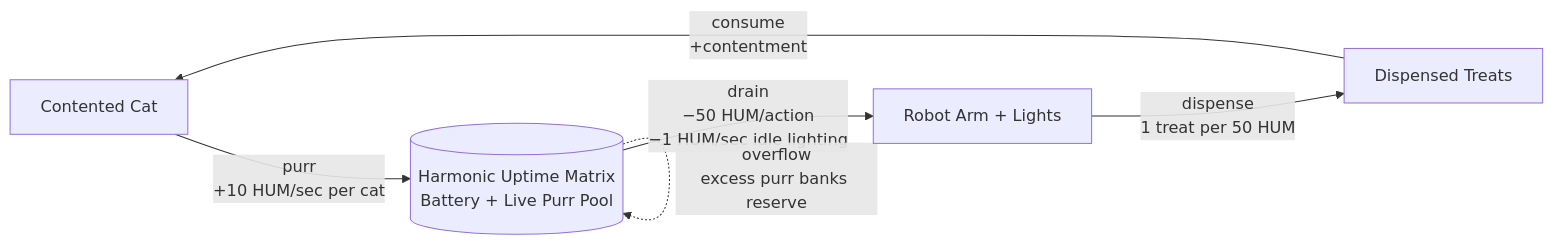
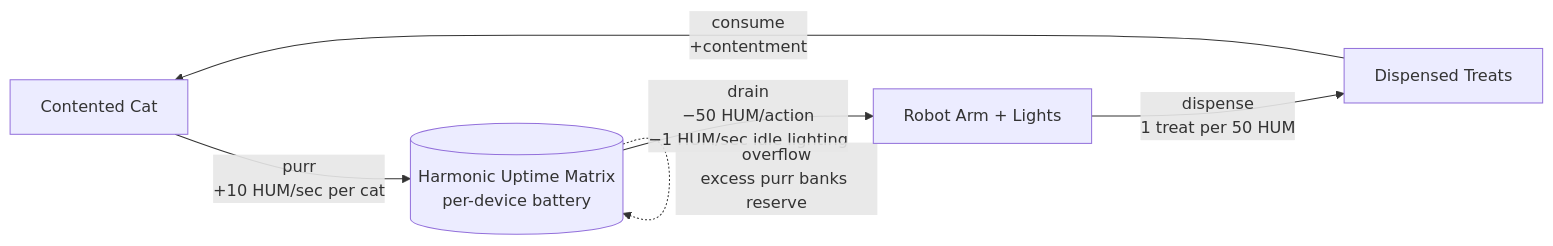
The first of 2 diagrams in .claude/rules/core-loop.md (vosechu/tuna-control-protocol), drawn with Mermaid before and after one commit. The commit also changed other lines of this file and 298 other files, not shown here.

````diff
--- a/.claude/rules/core-loop.md
+++ b/.claude/rules/core-loop.md
@@ -47,13 +58,13 @@
 ```mermaid
 flowchart LR
     CC[Contented Cat]
-    HUM[(Harmonic Uptime Matrix<br/>Battery + Live Purr Pool)]
+    HUM[(Harmonic Uptime Matrix<br/>per-device battery)]
     ARM[Robot Arm + Lights]
     TREATS[Dispensed Treats]
 
     CC -- "purr<br/>+10 HUM/sec per cat" --> HUM
     HUM -- "drain<br/>−50 HUM/action<br/>−1 HUM/sec idle lighting" --> ARM
     ARM -- "dispense<br/>1 treat per 50 HUM" --> TREATS
     TREATS -- "consume<br/>+contentment" --> CC
     HUM -. "overflow<br/>excess purr banks reserve" .-> HUM
 ```
````
